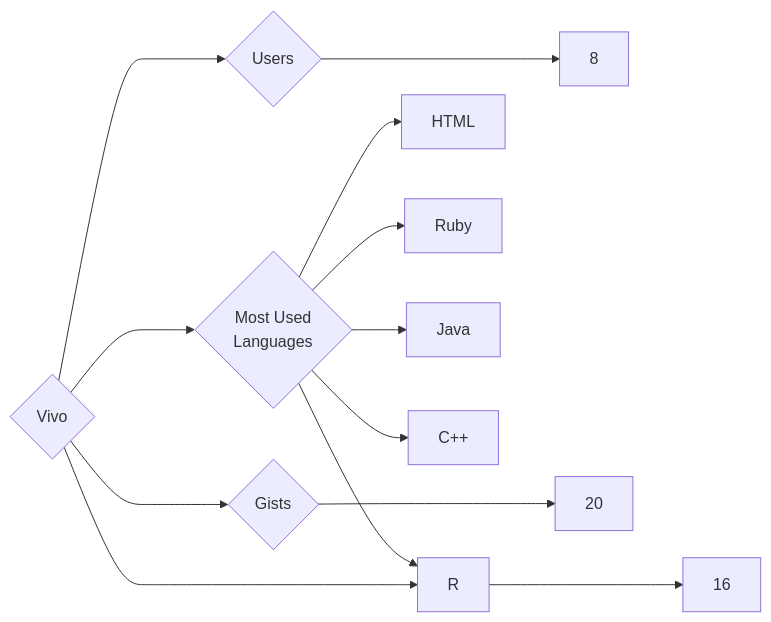
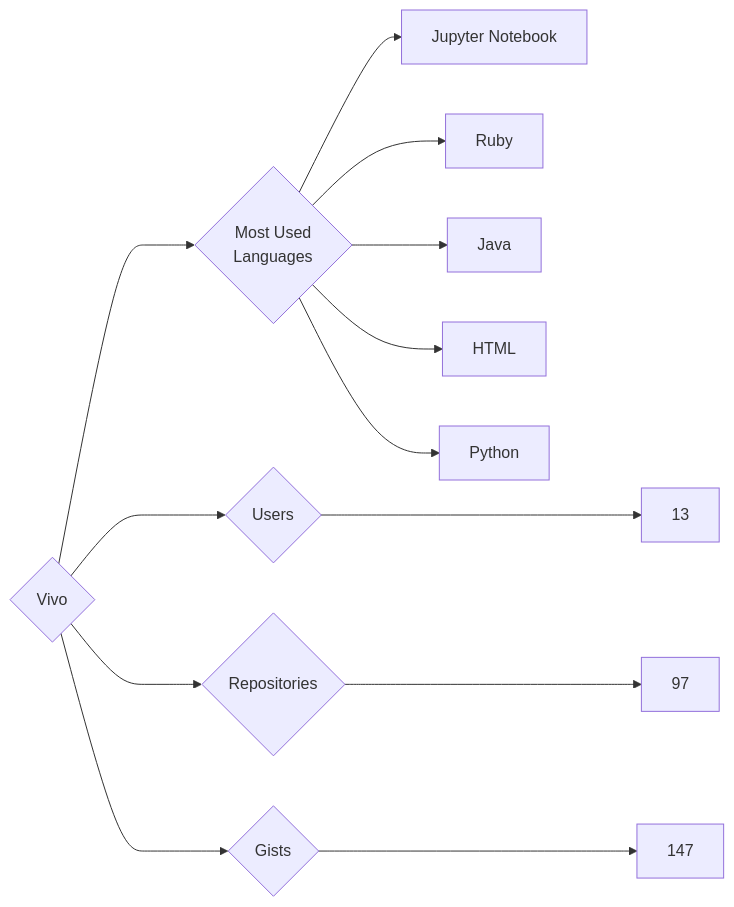
Before and after one commit to trickest/insiders: the diagram in targets/Vivo/README.md, drawn with Mermaid. The commit also changed 970 other files, not shown here.

````diff
--- a/targets/Vivo/README.md
+++ b/targets/Vivo/README.md
@@ -3,13 +3,13 @@
 ```mermaid
 graph LR
 COMPANY_NAME{Vivo}
-COMPANY_NAME ---> U{Users} ---> UN[8]
-COMPANY_NAME ---> R{Repositories} ---> RN[16]
-COMPANY_NAME ---> G{Gists} ---> GN[20]
+COMPANY_NAME ---> U{Users} ---> UN[13]
+COMPANY_NAME ---> R{Repositories} ---> RN[97]
+COMPANY_NAME ---> G{Gists} ---> GN[147]
 COMPANY_NAME ---> ML{Most Used<br>Languages}
-ML --> HTML[HTML]
+ML --> Jupyter_Notebook[Jupyter Notebook]
 ML --> Ruby[Ruby]
 ML --> Java[Java]
-ML --> C++[C++]
-ML --> R[R]
+ML --> HTML[HTML]
+ML --> Python[Python]
 ```
````
